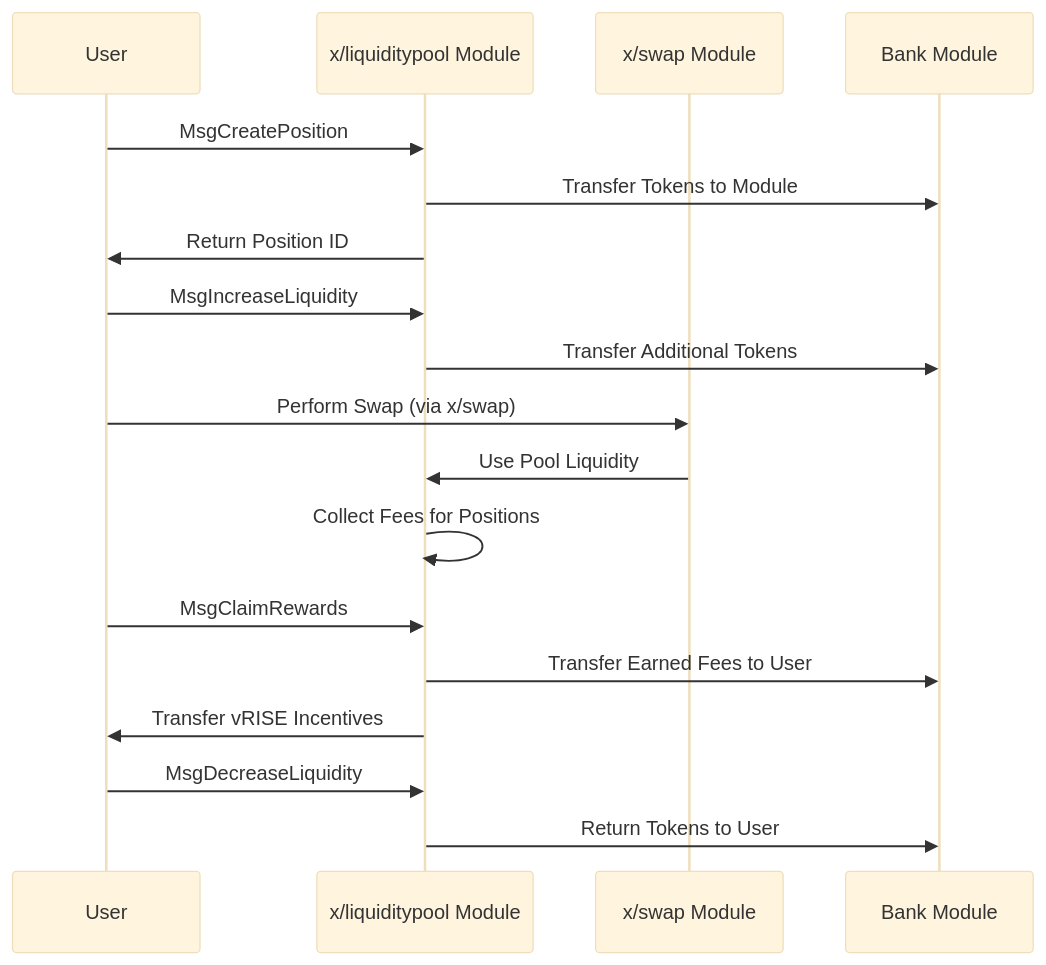
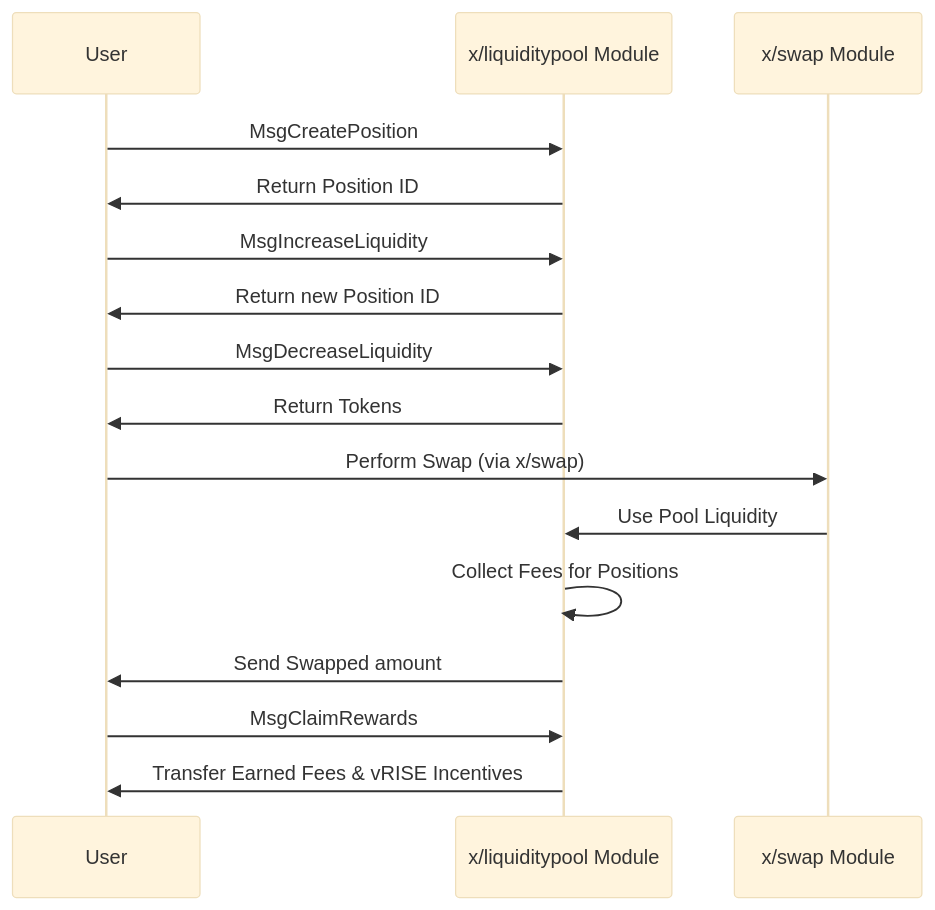
Before and after one commit to sunriselayer/gitbook: the diagram in learn/sunrise/liquidity-pool.md, drawn with Mermaid (base theme). The commit also changed other lines of this file, not shown here.

Commit message:
liquidity pool

````diff
--- a/learn/sunrise/liquidity-pool.md
+++ b/learn/sunrise/liquidity-pool.md
@@ -61,25 +61,25 @@
 ```mermaid
 sequenceDiagram
     participant User
     participant LiquidityPool as x/liquiditypool Module
     participant SwapModule as x/swap Module
-    participant BankKeeper as Bank Module
 
     User->>LiquidityPool: MsgCreatePosition
-    LiquidityPool->>BankKeeper: Transfer Tokens to Module
     LiquidityPool->>User: Return Position ID
     
     User->>LiquidityPool: MsgIncreaseLiquidity
-    LiquidityPool->>BankKeeper: Transfer Additional Tokens
+    LiquidityPool->>User: Return new Position ID
+
+    User->>LiquidityPool: MsgDecreaseLiquidity
+    LiquidityPool->>User: Return Tokens
     
     User->>SwapModule: Perform Swap (via x/swap)
     SwapModule->>LiquidityPool: Use Pool Liquidity
     LiquidityPool->>LiquidityPool: Collect Fees for Positions
+    LiquidityPool->>User: Send Swapped amount 
     
     User->>LiquidityPool: MsgClaimRewards
-    LiquidityPool->>BankKeeper: Transfer Earned Fees to User
-    LiquidityPool->>User: Transfer vRISE Incentives
+    LiquidityPool->>User: Transfer Earned Fees & vRISE Incentives
     
-    User->>LiquidityPool: MsgDecreaseLiquidity
-    LiquidityPool->>BankKeeper: Return Tokens to User
+
 ```
````
